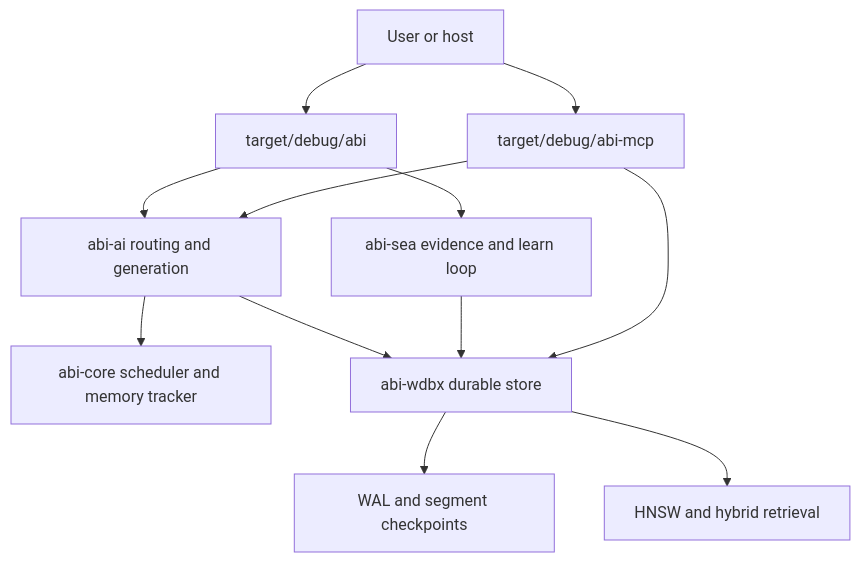
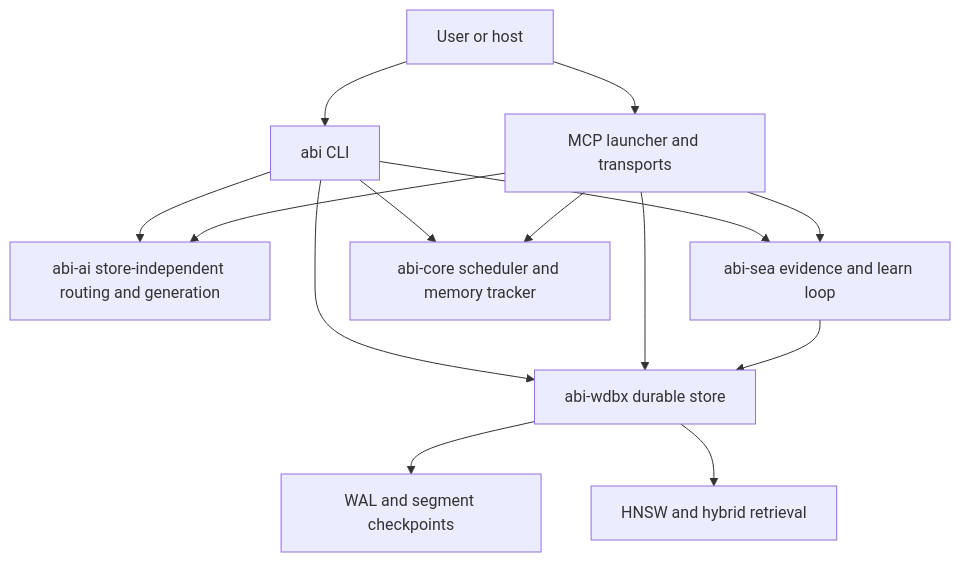
Before and after one commit to donaldfilimon/abi: the diagram in docs/spec/agent-wdbx-architecture.mdx, drawn with Mermaid. The commit also changed other lines of this file and 66 other files, not shown here.

````diff
--- a/docs/spec/agent-wdbx-architecture.mdx
+++ b/docs/spec/agent-wdbx-architecture.mdx
@@ -21,14 +27,16 @@
 ```mermaid
 flowchart TD
-    U[User or host] --> CLI[target/debug/abi]
-    U --> MCP[target/debug/abi-mcp]
-    CLI --> AIR[abi-ai routing and generation]
+    U[User or host] --> CLI[abi CLI]
+    U --> MCP[MCP launcher and transports]
+    CLI --> AIR[abi-ai store-independent routing and generation]
     MCP --> AIR
     CLI --> SEA[abi-sea evidence and learn loop]
-    AIR --> CORE[abi-core scheduler and memory tracker]
-    AIR --> WDBX[abi-wdbx durable store]
+    MCP --> SEA
+    CLI --> CORE[abi-core scheduler and memory tracker]
+    MCP --> CORE
+    CLI --> WDBX[abi-wdbx durable store]
+    MCP --> WDBX
     SEA --> WDBX
-    MCP --> WDBX
     WDBX --> WAL[WAL and segment checkpoints]
     WDBX --> IDX[HNSW and hybrid retrieval]
 ```
````
